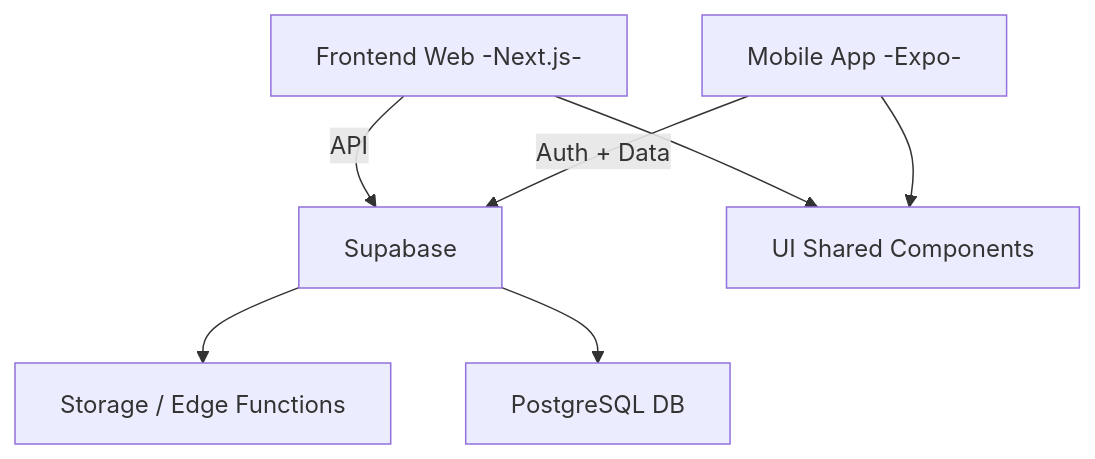
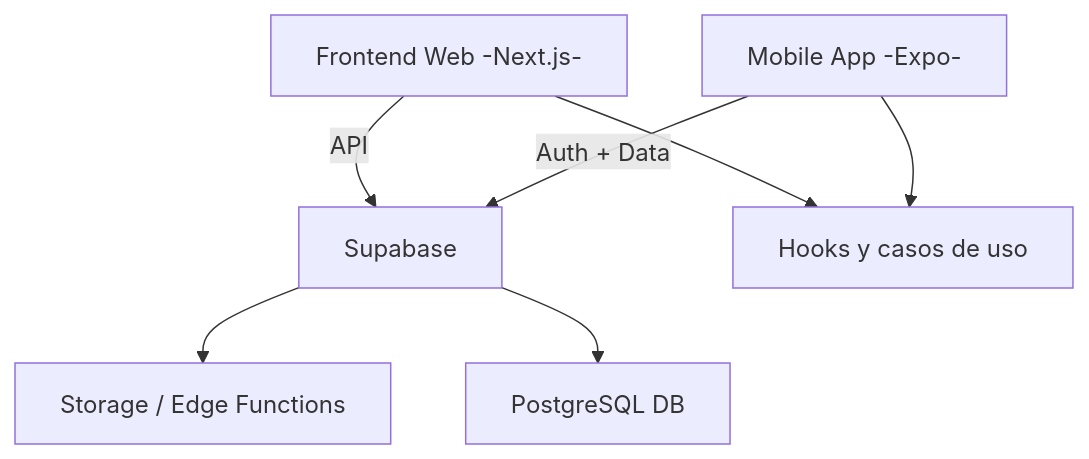
Before and after one commit to emmanuel128/repaso-app: the diagram in README.md, drawn with Mermaid. The commit also changed other lines of this file and 59 other files, not shown here.

````diff
--- a/README.md
+++ b/README.md
@@ -74,9 +75,9 @@
 ```mermaid
 graph TD
   A[Frontend Web -Next.js-] -->|API| B[Supabase]
   C[Mobile App -Expo-] -->|Auth + Data| B
   B --> D[Storage / Edge Functions]
   B --> E[PostgreSQL DB]
-  A --> F[UI Shared Components]
+  A --> F[Hooks y casos de uso]
   C --> F
 ```
````
